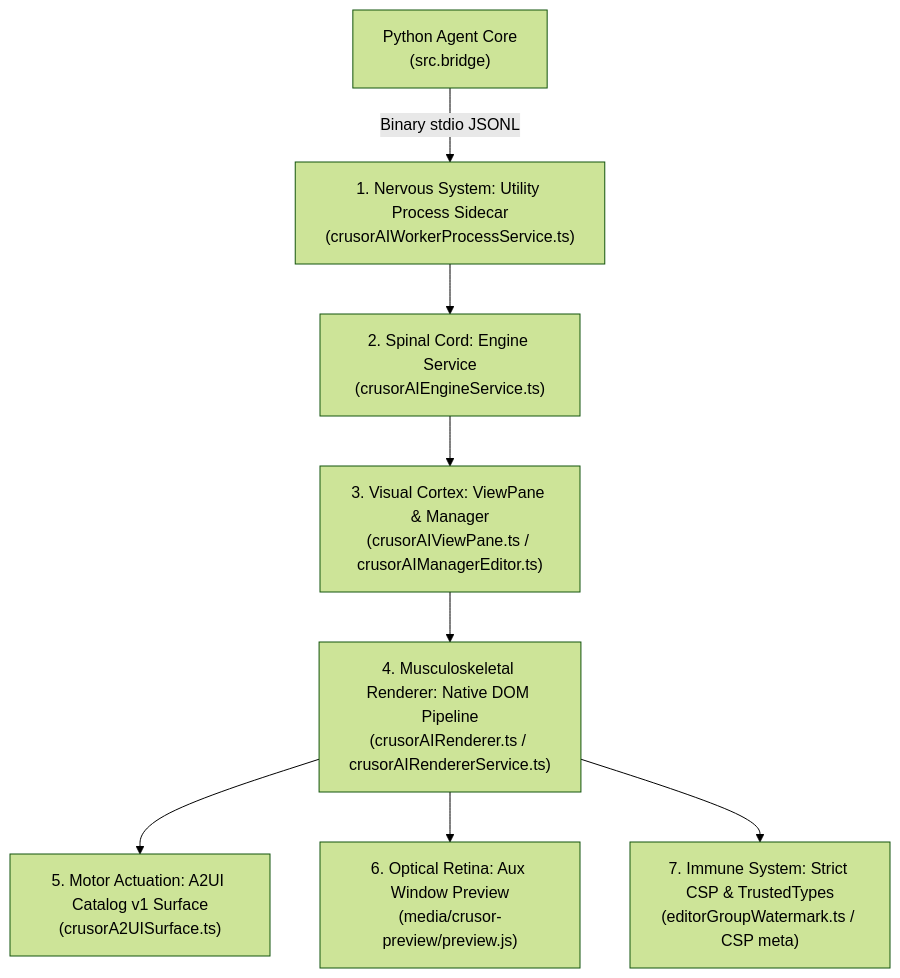
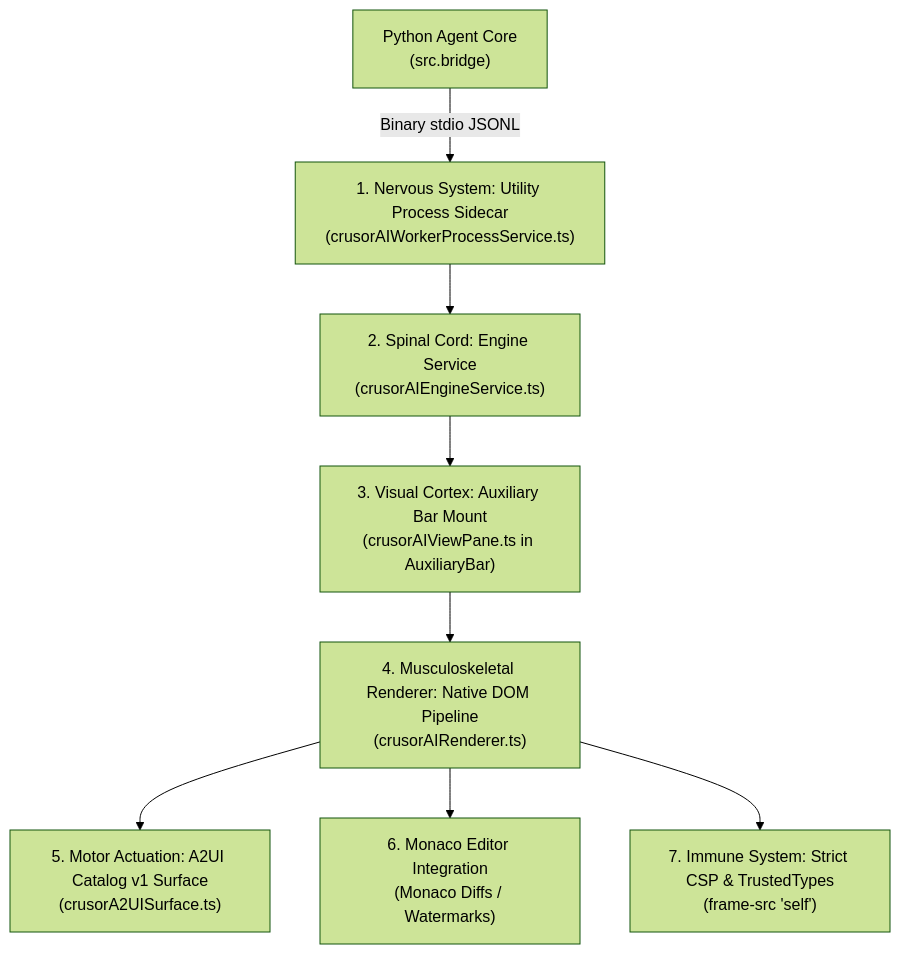
One commit to SriAkhilSJ/PulseAIRepo changed the diagram in docs/AGENTIC_UI_BODY_CHECKUP.md. Above: the diagram before and after it, drawn with Mermaid (forest theme). The commit also changed other lines of this file and 5 other files, not shown here.

````diff
--- a/docs/AGENTIC_UI_BODY_CHECKUP.md
+++ b/docs/AGENTIC_UI_BODY_CHECKUP.md
@@ -13,10 +35,10 @@
 ```mermaid
 graph TD
     Engine["Python Agent Core\n(src.bridge)"] -->|Binary stdio JSONL| Worker["1. Nervous System: Utility Process Sidecar\n(crusorAIWorkerProcessService.ts)"]
     Worker --> EngineService["2. Spinal Cord: Engine Service\n(crusorAIEngineService.ts)"]
-    EngineService --> ViewPane["3. Visual Cortex: ViewPane & Manager\n(crusorAIViewPane.ts / crusorAIManagerEditor.ts)"]
-    ViewPane --> Renderer["4. Musculoskeletal Renderer: Native DOM Pipeline\n(crusorAIRenderer.ts / crusorAIRendererService.ts)"]
+    EngineService --> AuxBar["3. Visual Cortex: Auxiliary Bar Mount\n(crusorAIViewPane.ts in AuxiliaryBar)"]
+    AuxBar --> Renderer["4. Musculoskeletal Renderer: Native DOM Pipeline\n(crusorAIRenderer.ts)"]
     Renderer --> A2UI["5. Motor Actuation: A2UI Catalog v1 Surface\n(crusorA2UISurface.ts)"]
-    Renderer --> Preview["6. Optical Retina: Aux Window Preview\n(media/crusor-preview/preview.js)"]
-    Renderer --> Safety["7. Immune System: Strict CSP & TrustedTypes\n(editorGroupWatermark.ts / CSP meta)"]
+    Renderer --> Monaco["6. Monaco Editor Integration\n(Monaco Diffs / Watermarks)"]
+    Renderer --> Safety["7. Immune System: Strict CSP & TrustedTypes\n(frame-src 'self')"]
 ```
````
